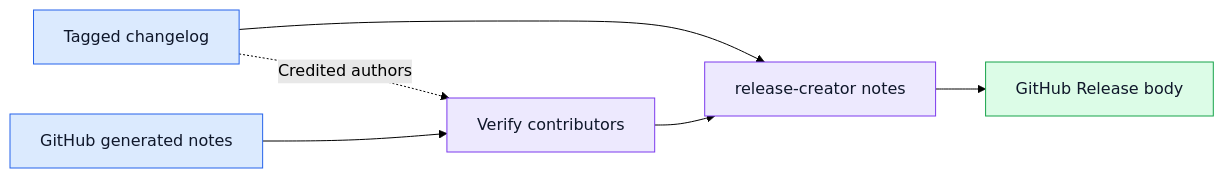
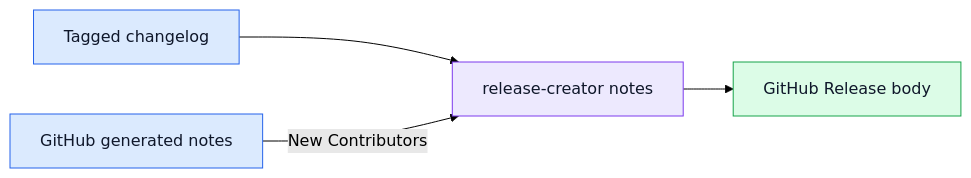
One commit to tox-dev/release-creator changed the diagram in docs/explanation/release-data.rst. Above: the diagram before and after it, drawn with Mermaid (forest theme). The commit also changed other lines of this file and 7 other files, not shown here.

```diff
--- a/docs/explanation/release-data.rst
+++ b/docs/explanation/release-data.rst
@@ -9,17 +9,15 @@
 .. mermaid::
     :alt: The tagged changelog provides changes and authors; GitHub generated notes add first-time contributors.
     :caption: Sources for a GitHub Release body
     :align: center
 
     flowchart LR
        changelog["Tagged changelog"] --> render["release-creator notes"]
-       changelog -. "Credited authors" .-> filter["Verify contributors"]
-       generated["GitHub generated notes"] --> filter
-       filter --> render
+       generated["GitHub generated notes"] -- "New Contributors" --> render
        render --> release["GitHub Release body"]
        classDef source fill:#dbeafe,stroke:#2563eb,color:#0f172a;
        classDef step fill:#ede9fe,stroke:#7c3aed,color:#0f172a;
        classDef result fill:#dcfce7,stroke:#16a34a,color:#0f172a;
        class changelog,generated source;
-       class filter,render step;
+       class render step;
        class release result;
```
